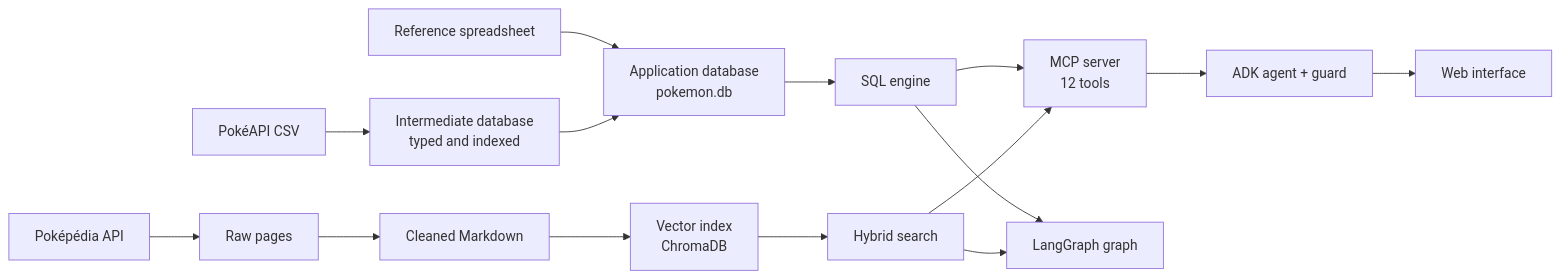
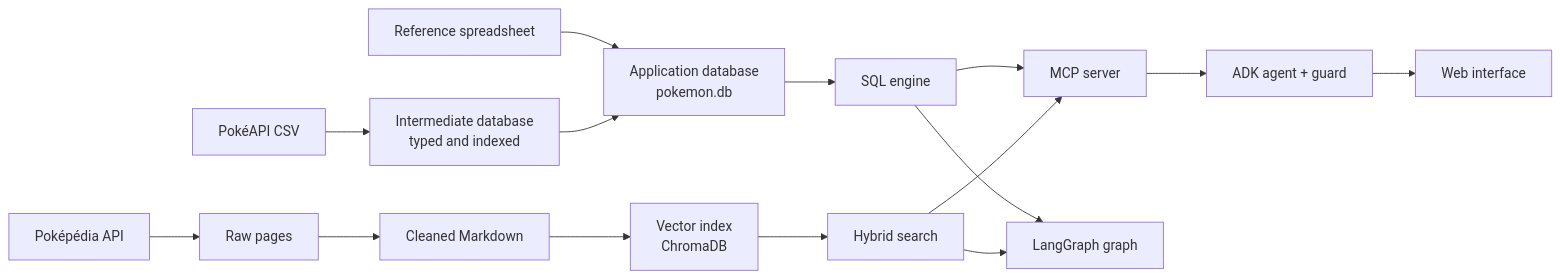
Before and after one commit to C-H-U-B/pokemon-agent: the diagram in README.md, drawn with Mermaid. The commit also changed other lines of this file and 10 other files, not shown here.

````diff
--- a/README.md
+++ b/README.md
@@ -46,17 +56,17 @@
 ```mermaid
 flowchart LR
     A[PokéAPI CSV] --> B[Intermediate database<br/>typed and indexed]
     X[Reference spreadsheet] --> C
     B --> C[Application database<br/>pokemon.db]
     P[Poképédia API] --> Q[Raw pages]
     Q --> R[Cleaned Markdown]
     R --> S[Vector index<br/>ChromaDB]
     C --> E[SQL engine]
     S --> F[Hybrid search]
-    E --> M[MCP server<br/>12 tools]
+    E --> M[MCP server]
     F --> M
     E --> G[LangGraph graph]
     F --> G
     M --> H[ADK agent + guard]
     H --> W[Web interface]
 ```
````
